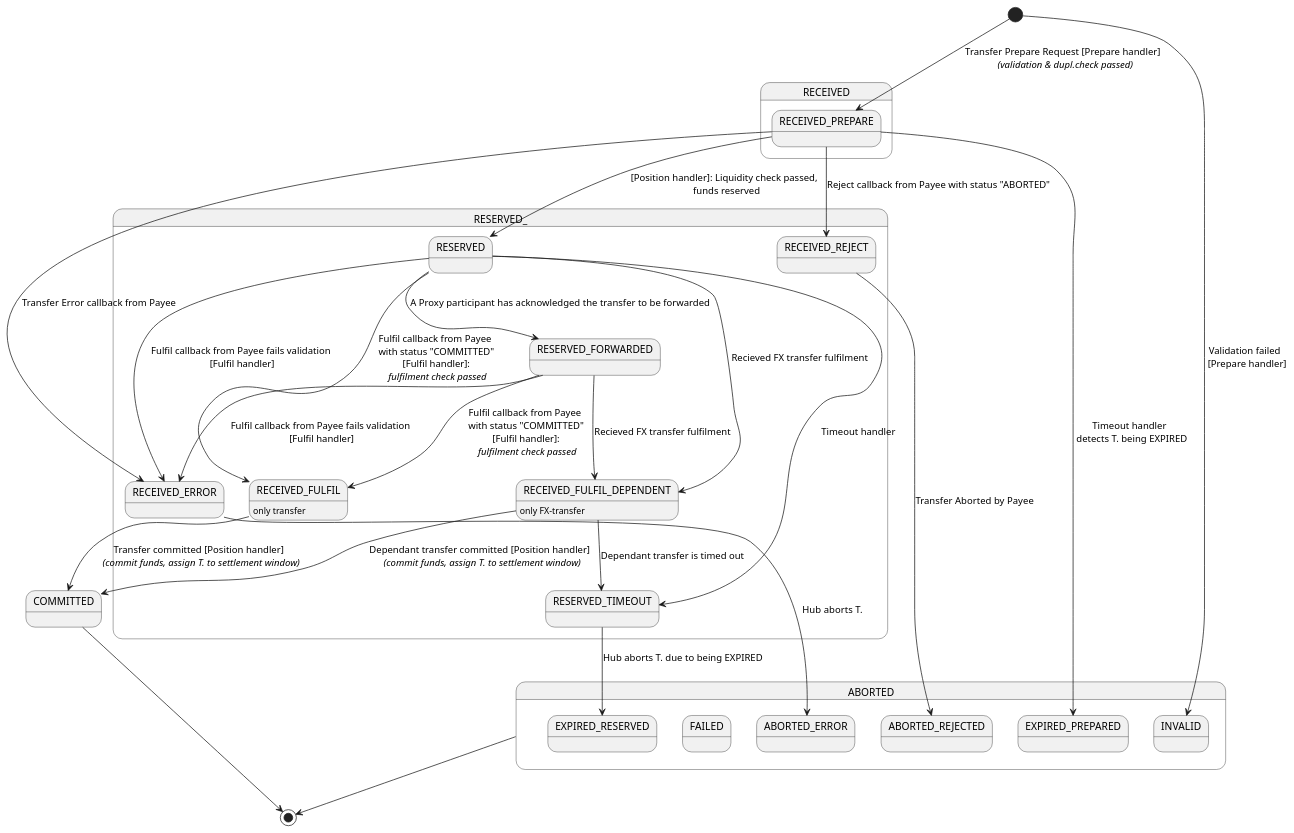
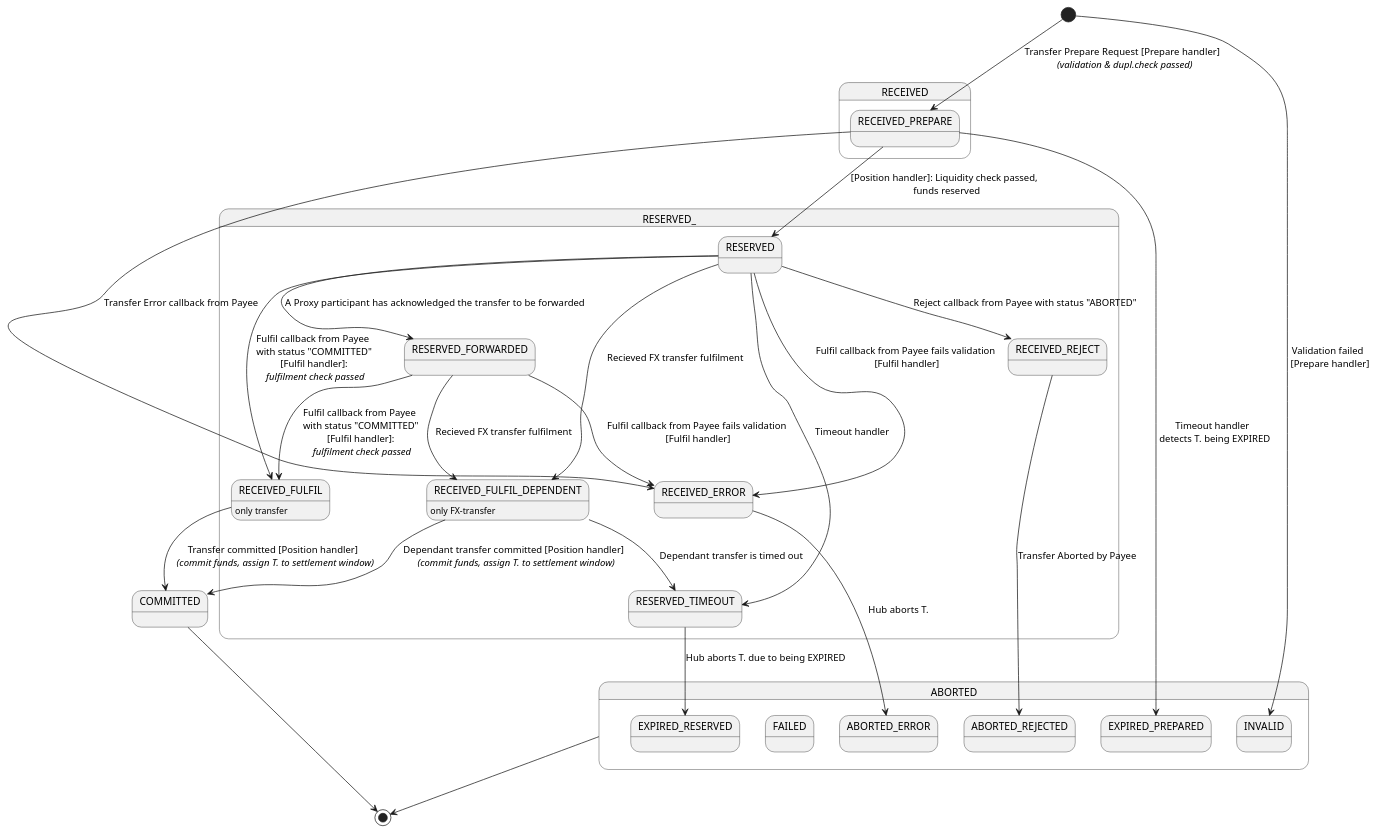
Before and after one commit to mojaloop/central-ledger: the diagram in documentation/state-diagrams/transfer-internal-states.plantuml, drawn with PlantUML. The commit also changed 17 other files, not shown here.

```diff
--- a/documentation/state-diagrams/transfer-internal-states.plantuml
+++ b/documentation/state-diagrams/transfer-internal-states.plantuml
@@ -1,75 +1,75 @@
 @startuml
 
 state RECEIVED {
   state RECEIVED_PREPARE {
   }
 }
 
 state RESERVED_ {
   state RESERVED {
   }
   state RESERVED_FORWARDED {
   }
   state RECEIVED_FULFIL {
   }
   state RECEIVED_FULFIL_DEPENDENT {
   }
   state RESERVED_TIMEOUT {
   }
   state RECEIVED_REJECT {
   }
   state RECEIVED_ERROR {
   }
 }
 
 state COMMITTED {
 }
 
 state ABORTED {
   state ABORTED_ERROR {
   }
   state ABORTED_REJECTED {
   }
   state EXPIRED_PREPARED {
   }
   state EXPIRED_RESERVED {
   }
   state FAILED {
   }
   state INVALID {
   }
 }
 
 RECEIVED_FULFIL_DEPENDENT : only FX-transfer
 RECEIVED_FULFIL : only transfer
 
 [*] --> RECEIVED_PREPARE : Transfer Prepare Request [Prepare handler] \n <i>(validation & dupl.check passed)</i>
 [*] --> INVALID : Validation failed \n [Prepare handler]
 RECEIVED_PREPARE --> RESERVED : [Position handler]: Liquidity check passed, \n funds reserved
-RECEIVED_PREPARE --> RECEIVED_REJECT : Reject callback from Payee with status "ABORTED"
+RESERVED --> RECEIVED_REJECT : Reject callback from Payee with status "ABORTED"
 RECEIVED_PREPARE --> RECEIVED_ERROR : Transfer Error callback from Payee
 
 RECEIVED_FULFIL --> COMMITTED : Transfer committed [Position handler] \n <i>(commit funds, assign T. to settlement window)</i>
 RECEIVED_REJECT --> ABORTED_REJECTED : Transfer Aborted by Payee
 RECEIVED_ERROR --> ABORTED_ERROR : Hub aborts T.
 RECEIVED_PREPARE --> EXPIRED_PREPARED : Timeout handler \n detects T. being EXPIRED
 
 RESERVED --> RECEIVED_FULFIL : Fulfil callback from Payee \n with status "COMMITTED" \n [Fulfil handler]: \n <i>fulfilment check passed</i>
 RESERVED --> RECEIVED_ERROR : Fulfil callback from Payee fails validation\n [Fulfil handler]
 RESERVED --> RECEIVED_FULFIL_DEPENDENT : Recieved FX transfer fulfilment
 RESERVED --> RESERVED_FORWARDED : A Proxy participant has acknowledged the transfer to be forwarded
 RESERVED --> RESERVED_TIMEOUT : Timeout handler
 
 RESERVED_FORWARDED --> RECEIVED_FULFIL : Fulfil callback from Payee \n with status "COMMITTED" \n [Fulfil handler]: \n <i>fulfilment check passed</i>
 RESERVED_FORWARDED --> RECEIVED_ERROR : Fulfil callback from Payee fails validation\n [Fulfil handler]
 RESERVED_FORWARDED --> RECEIVED_FULFIL_DEPENDENT : Recieved FX transfer fulfilment
 
 RECEIVED_FULFIL_DEPENDENT --> COMMITTED : Dependant transfer committed [Position handler] \n <i>(commit funds, assign T. to settlement window)</i>
 RECEIVED_FULFIL_DEPENDENT --> RESERVED_TIMEOUT : Dependant transfer is timed out
 
 RESERVED_TIMEOUT --> EXPIRED_RESERVED : Hub aborts T. due to being EXPIRED
 
 COMMITTED --> [*]
 ABORTED --> [*]
 
 @enduml
```
